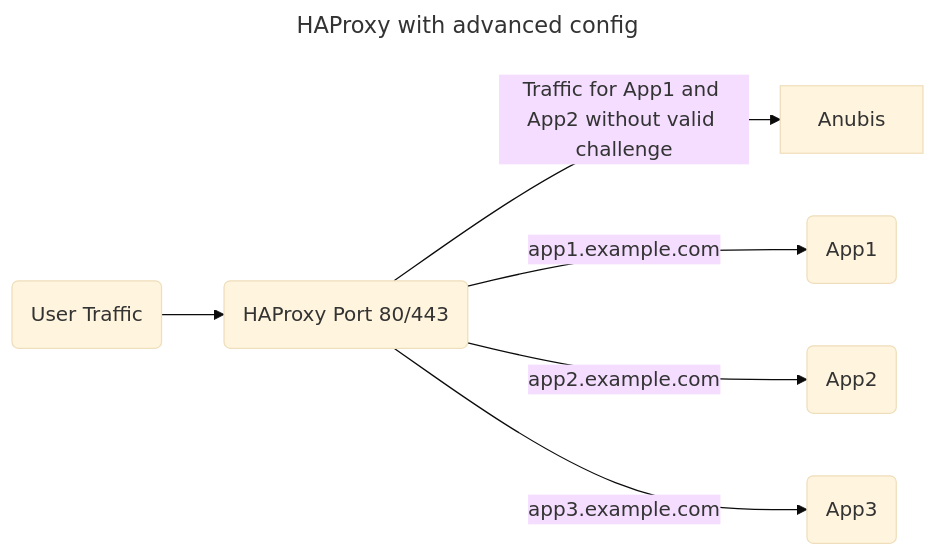
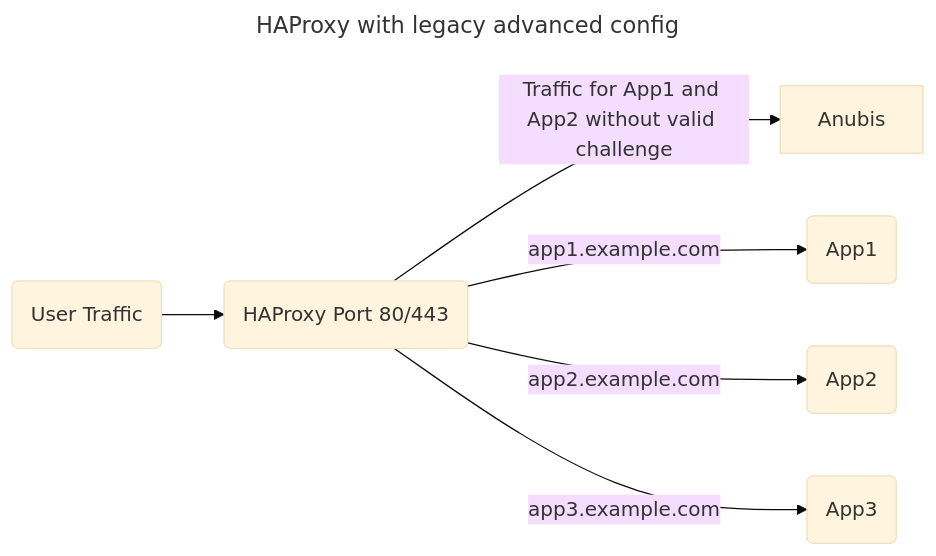
The third of 3 diagrams in docs/docs/admin/environments/haproxy.mdx (TecharoHQ/anubis), drawn with Mermaid (base theme) before and after one commit. The commit also changed other lines of this file and 29 other files, not shown here.

````diff
--- a/docs/docs/admin/environments/haproxy.mdx
+++ b/docs/docs/admin/environments/haproxy.mdx
@@ -55,19 +126,19 @@
 ```mermaid
 ---
-title: HAProxy with advanced config
+title: HAProxy with legacy advanced config
 ---
 
 flowchart LR
     T(User Traffic)
     HAProxy(HAProxy Port 80/443)
     B1(App1)
     B2(App2)
     B3(App3)
     Anubis
 
     T --> HAProxy
     HAProxy --> |Traffic for App1 and App2 without valid challenge| Anubis
     HAProxy --> |app1.example.com | B1
     HAProxy --> |app2.example.com| B2
     HAProxy --> |app3.example.com| B3
 ```
````
